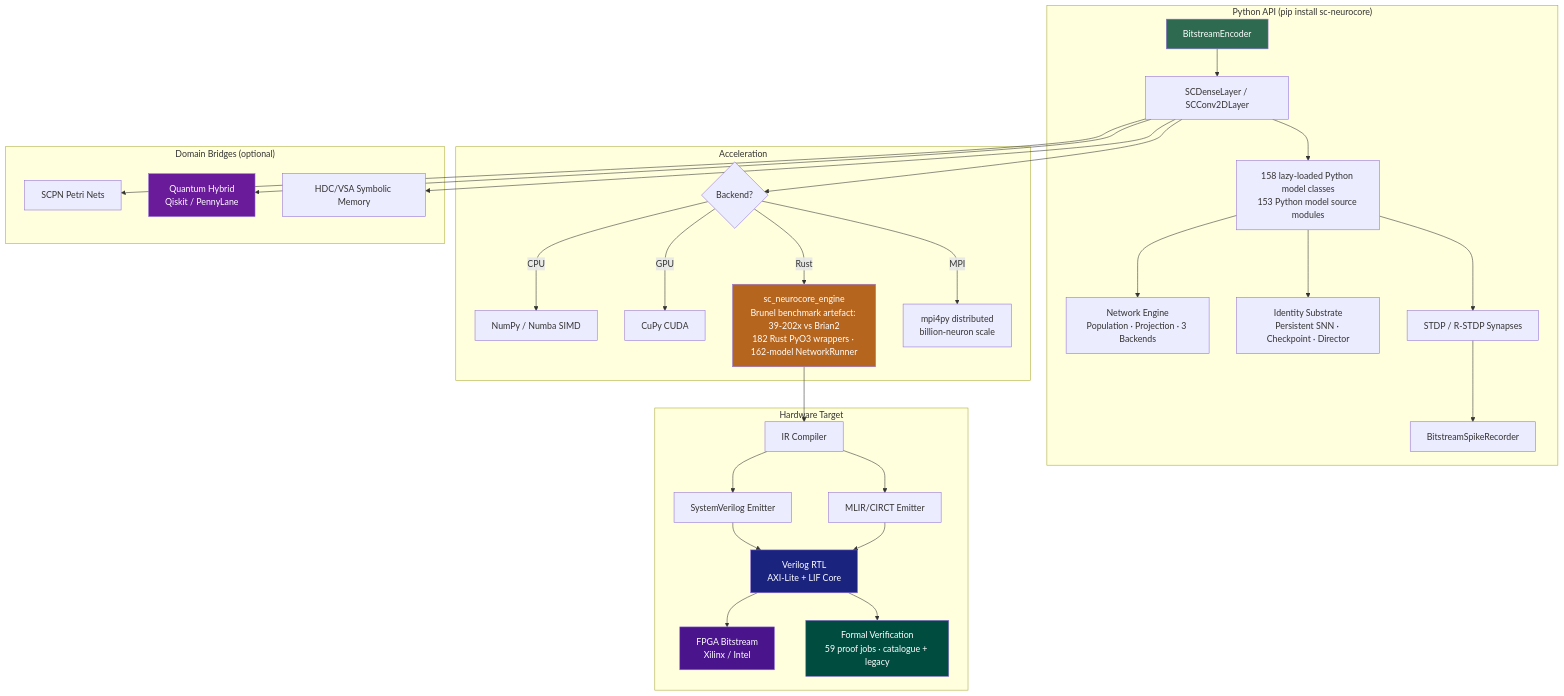
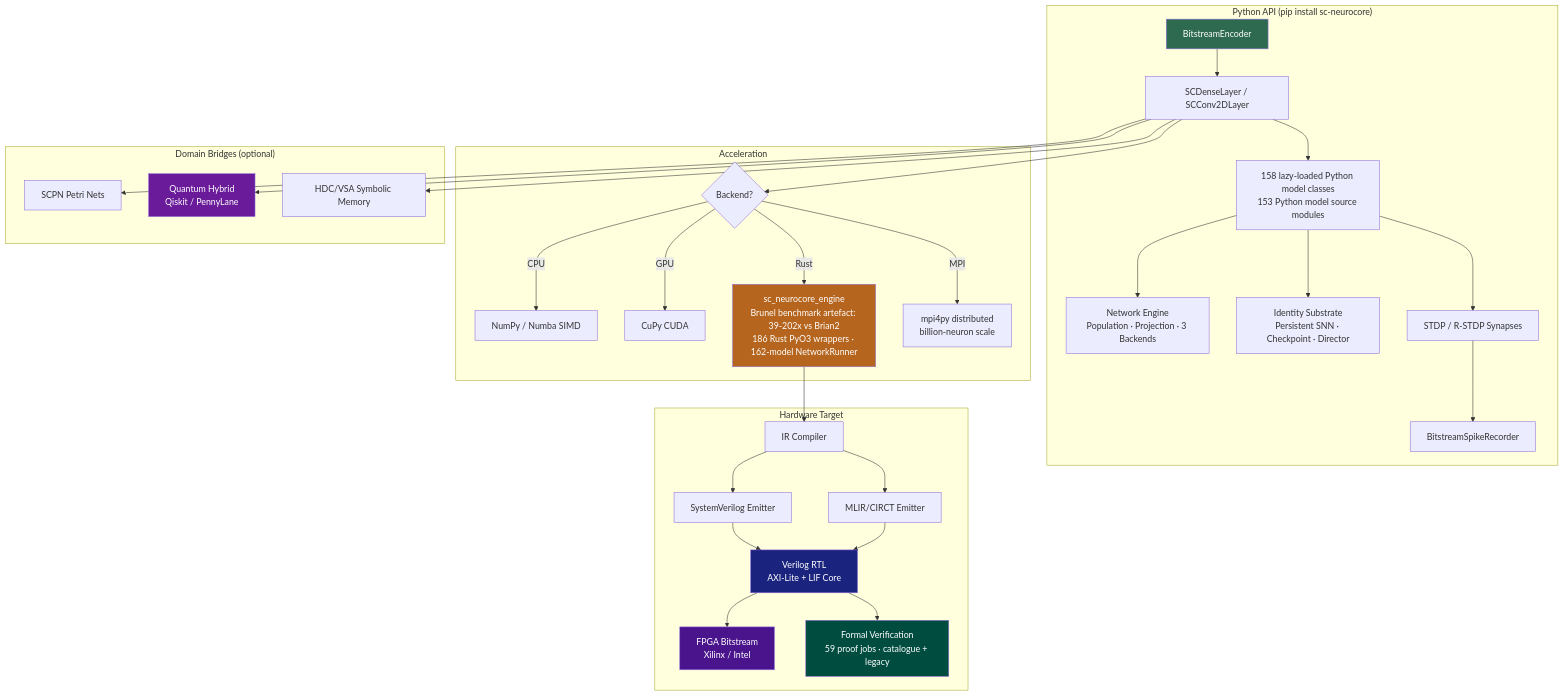
One commit to anulum/sc-neurocore changed the diagram in README.md. Above: the diagram before and after it, drawn with Mermaid. The commit also changed other lines of this file and 16 other files, not shown here.

````diff
--- a/README.md
+++ b/README.md
@@ -365,42 +365,42 @@
 ```mermaid
 graph TD
     subgraph "Python API (pip install sc-neurocore)"
         A[BitstreamEncoder] --> B[SCDenseLayer / SCConv2DLayer]
         B --> C[158 lazy-loaded Python model classes<br/>153 Python model source modules]
         C --> NET[Network Engine<br/>Population · Projection · 3 Backends]
         C --> ID[Identity Substrate<br/>Persistent SNN · Checkpoint · Director]
         C --> D[STDP / R-STDP Synapses]
         D --> E[BitstreamSpikeRecorder]
     end
 
     subgraph "Acceleration"
         B --> F{Backend?}
         F -->|CPU| G[NumPy / Numba SIMD]
         F -->|GPU| H[CuPy CUDA]
-        F -->|Rust| I[sc_neurocore_engine<br/>Brunel benchmark artefact: 39-202x vs Brian2<br/>182 Rust PyO3 wrappers · 162-model NetworkRunner]
+        F -->|Rust| I[sc_neurocore_engine<br/>Brunel benchmark artefact: 39-202x vs Brian2<br/>186 Rust PyO3 wrappers · 162-model NetworkRunner]
         F -->|MPI| MPI[mpi4py distributed<br/>billion-neuron scale]
     end
 
     subgraph "Hardware Target"
         I --> J[IR Compiler]
         J --> K[SystemVerilog Emitter]
         J --> K2[MLIR/CIRCT Emitter]
         K --> L[Verilog RTL<br/>AXI-Lite + LIF Core]
         K2 --> L
         L --> M[FPGA Bitstream<br/>Xilinx / Intel]
         L --> V[Formal Verification<br/>59 proof jobs · catalogue + legacy]
     end
 
     subgraph "Domain Bridges (optional)"
         B --> N[SCPN Petri Nets]
         B --> O[Quantum Hybrid<br/>Qiskit / PennyLane]
         B --> P[HDC/VSA Symbolic Memory]
     end
 
     style A fill:#2d6a4f,color:#fff
     style I fill:#b5651d,color:#fff
     style L fill:#1a237e,color:#fff
     style M fill:#4a148c,color:#fff
     style O fill:#6a1b9a,color:#fff
     style V fill:#004d40,color:#fff
 ```
````
